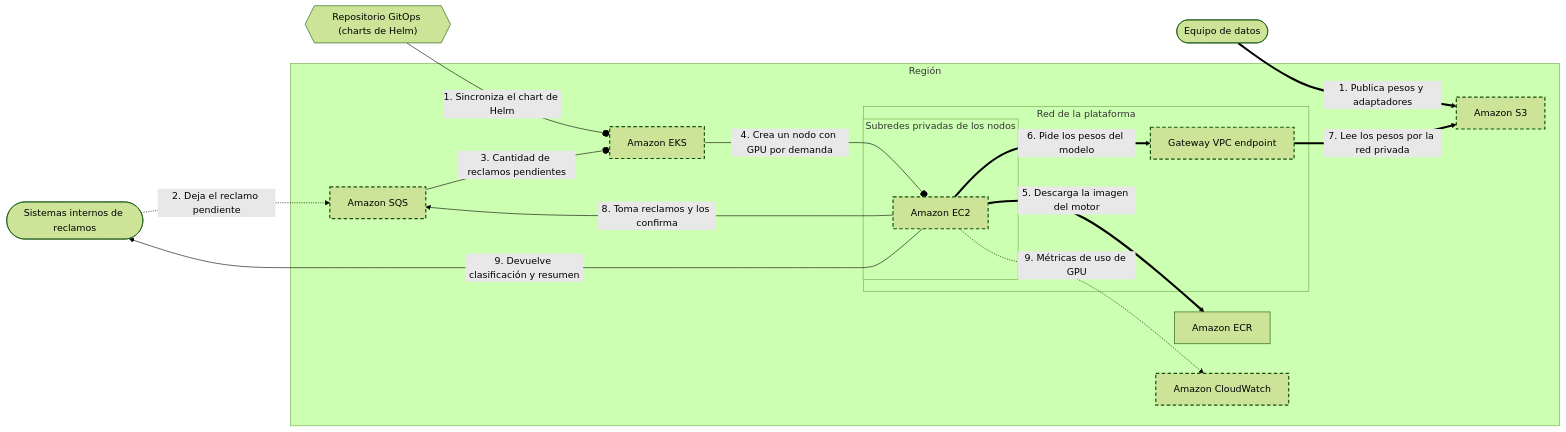
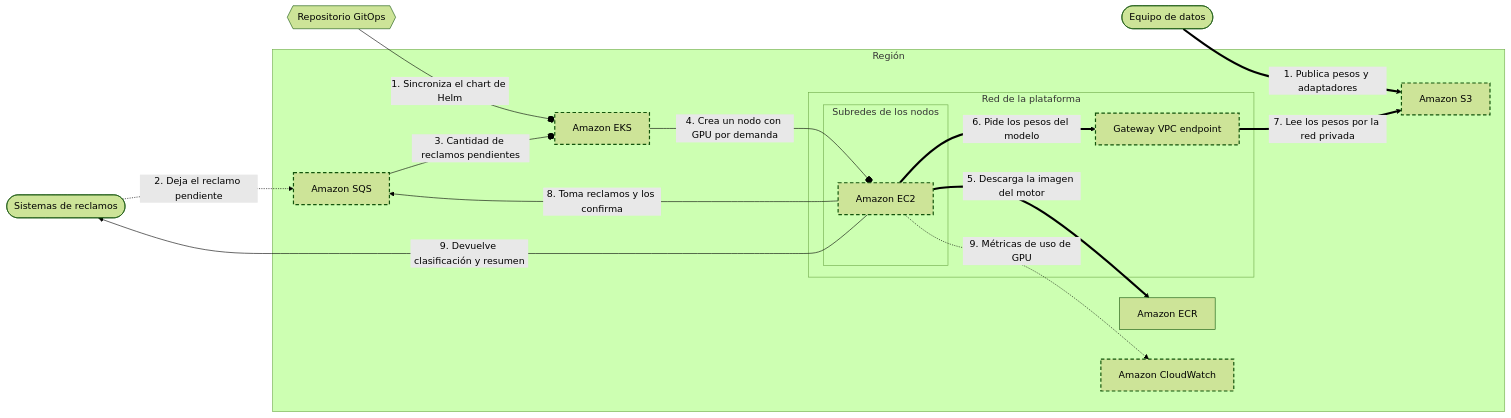
The diagram in content/scenarios/gpu-inference-on-eks/README.md (elissamburu/blueprint-the-game), drawn with Mermaid (forest theme) before and after one commit. The commit also changed 31 other files, not shown here.

````diff
--- a/content/scenarios/gpu-inference-on-eks/README.md
+++ b/content/scenarios/gpu-inference-on-eks/README.md
@@ -61,32 +61,32 @@
 ```mermaid
 flowchart LR
   n_data_team(["Equipo de datos"])
-  n_consumers(["Sistemas internos de reclamos"])
-  n_gitops{{"Repositorio GitOps (charts de Helm)"}}
+  n_consumers(["Sistemas de reclamos"])
+  n_gitops{{"Repositorio GitOps"}}
   subgraph g_region["Región"]
     subgraph g_vpc["Red de la plataforma"]
-      subgraph g_nodes_subnets["Subredes privadas de los nodos"]
+      subgraph g_nodes_subnets["Subredes de los nodos"]
         n_gpu_compute["Amazon EC2"]
       end
       n_weights_private_path["Gateway VPC endpoint"]
     end
     n_registry["Amazon ECR"]
     n_platform["Amazon EKS"]
     n_weights_store["Amazon S3"]
     n_gpu_metrics["Amazon CloudWatch"]
     n_claims_queue["Amazon SQS"]
   end
   n_data_team ==>|"1. Publica pesos y adaptadores"| n_weights_store
   n_gitops --o|"1. Sincroniza el chart de Helm"| n_platform
   n_consumers -.->|"2. Deja el reclamo pendiente"| n_claims_queue
   n_claims_queue --o|"3. Cantidad de reclamos pendientes"| n_platform
   n_platform --o|"4. Crea un nodo con GPU por demanda"| n_gpu_compute
   n_gpu_compute ==>|"5. Descarga la imagen del motor"| n_registry
   n_gpu_compute ==>|"6. Pide los pesos del modelo"| n_weights_private_path
   n_weights_private_path ==>|"7. Lee los pesos por la red privada"| n_weights_store
   n_gpu_compute -->|"8. Toma reclamos y los confirma"| n_claims_queue
   n_gpu_compute -->|"9. Devuelve clasificación y resumen"| n_consumers
   n_gpu_compute -.->|"9. Métricas de uso de GPU"| n_gpu_metrics
   classDef slot stroke-dasharray: 6 4,stroke-width:2px
   class n_platform,n_gpu_compute,n_weights_store,n_weights_private_path,n_gpu_metrics,n_claims_queue slot
 ```
````
